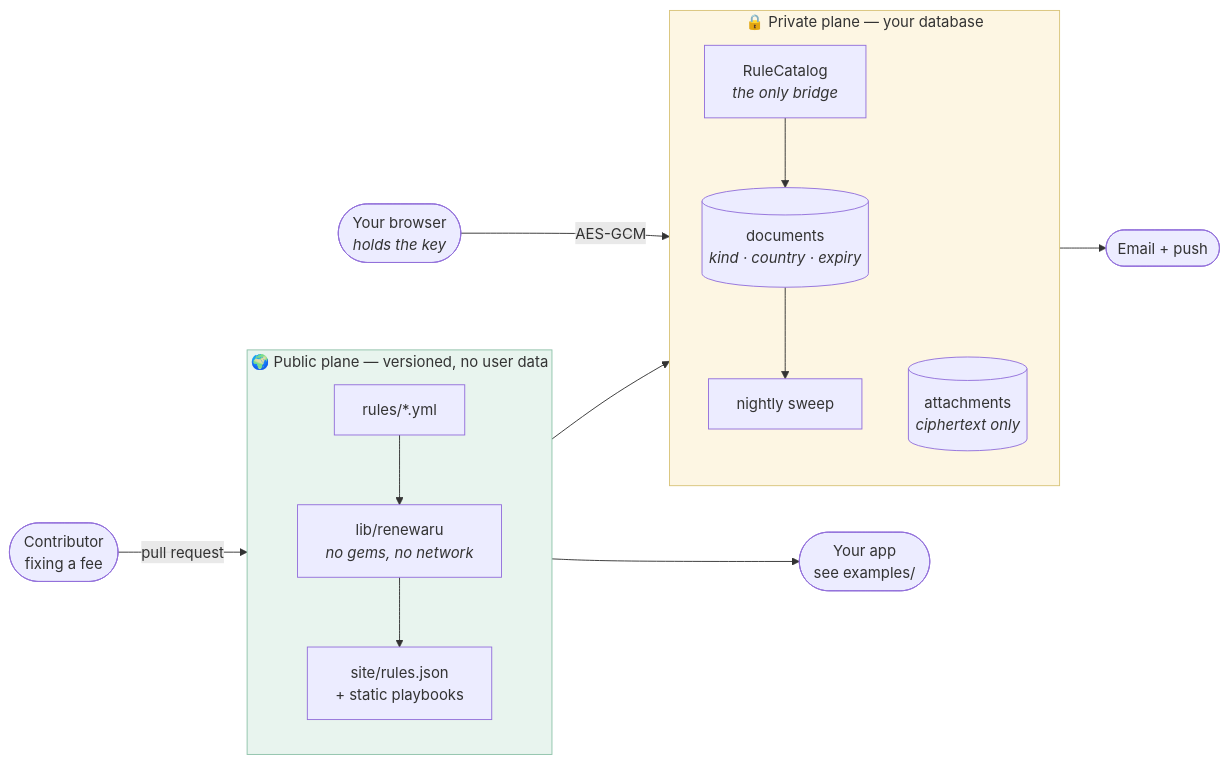
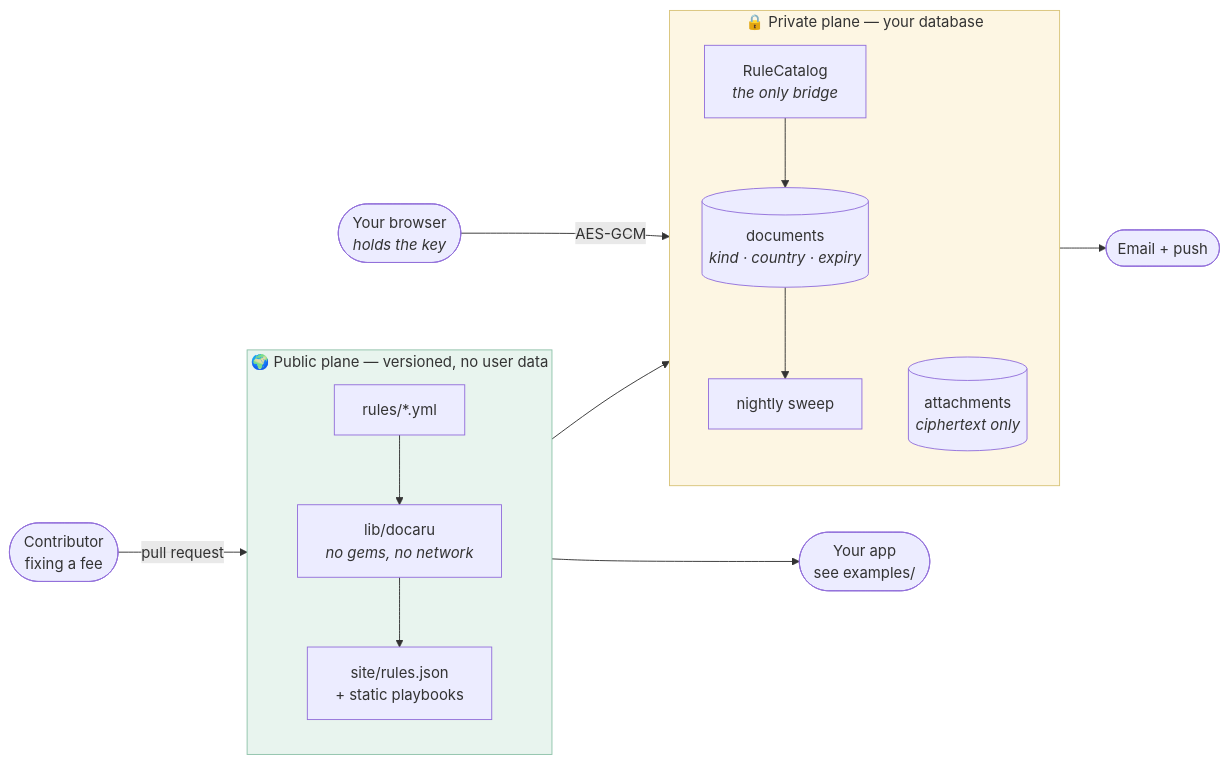
The fourth of 5 diagrams in README.md (cdrrazan/Docaru), drawn with Mermaid before and after one commit. The commit also changed other lines of this file and 25 other files, not shown here.

````diff
--- a/README.md
+++ b/README.md
@@ -344,25 +344,25 @@
 ```mermaid
 flowchart LR
     contributor(["Contributor<br/>fixing a fee"]) -->|pull request| rules
 
     subgraph public["🌍 Public plane — versioned, no user data"]
         direction TB
-        rules["rules/*.yml"] --> lib["lib/renewaru<br/><i>no gems, no network</i>"]
+        rules["rules/*.yml"] --> lib["lib/docaru<br/><i>no gems, no network</i>"]
         lib --> bundle["site/rules.json<br/>+ static playbooks"]
     end
 
     subgraph private["🔒 Private plane — your database"]
         direction TB
         catalog["RuleCatalog<br/><i>the only bridge</i>"] --> docs[("documents<br/><i>kind · country · expiry</i>")]
         docs --> sweep["nightly sweep"]
         vault[("attachments<br/><i>ciphertext only</i>")]
     end
 
     lib --> catalog
     bundle --> consumers(["Your app<br/>see examples/"])
     sweep --> alerts(["Email + push"])
     browser(["Your browser<br/><i>holds the key</i>"]) -->|AES-GCM| vault
 
     style public fill:#e8f4ee,stroke:#8fc3aa
     style private fill:#fdf6e3,stroke:#d9c47a
 ```
````
